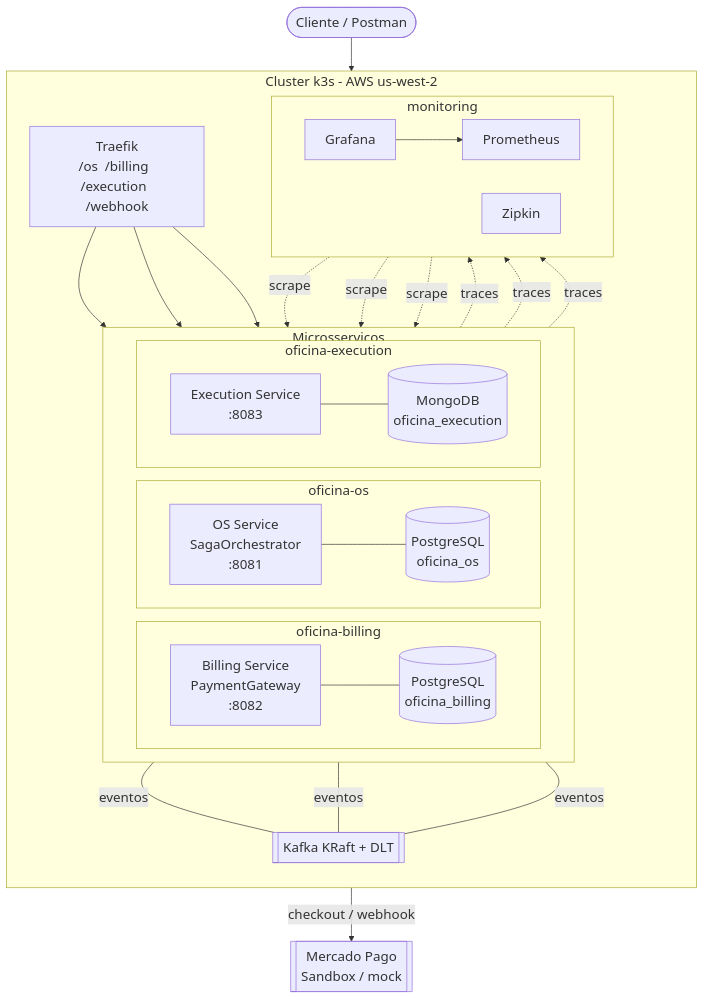
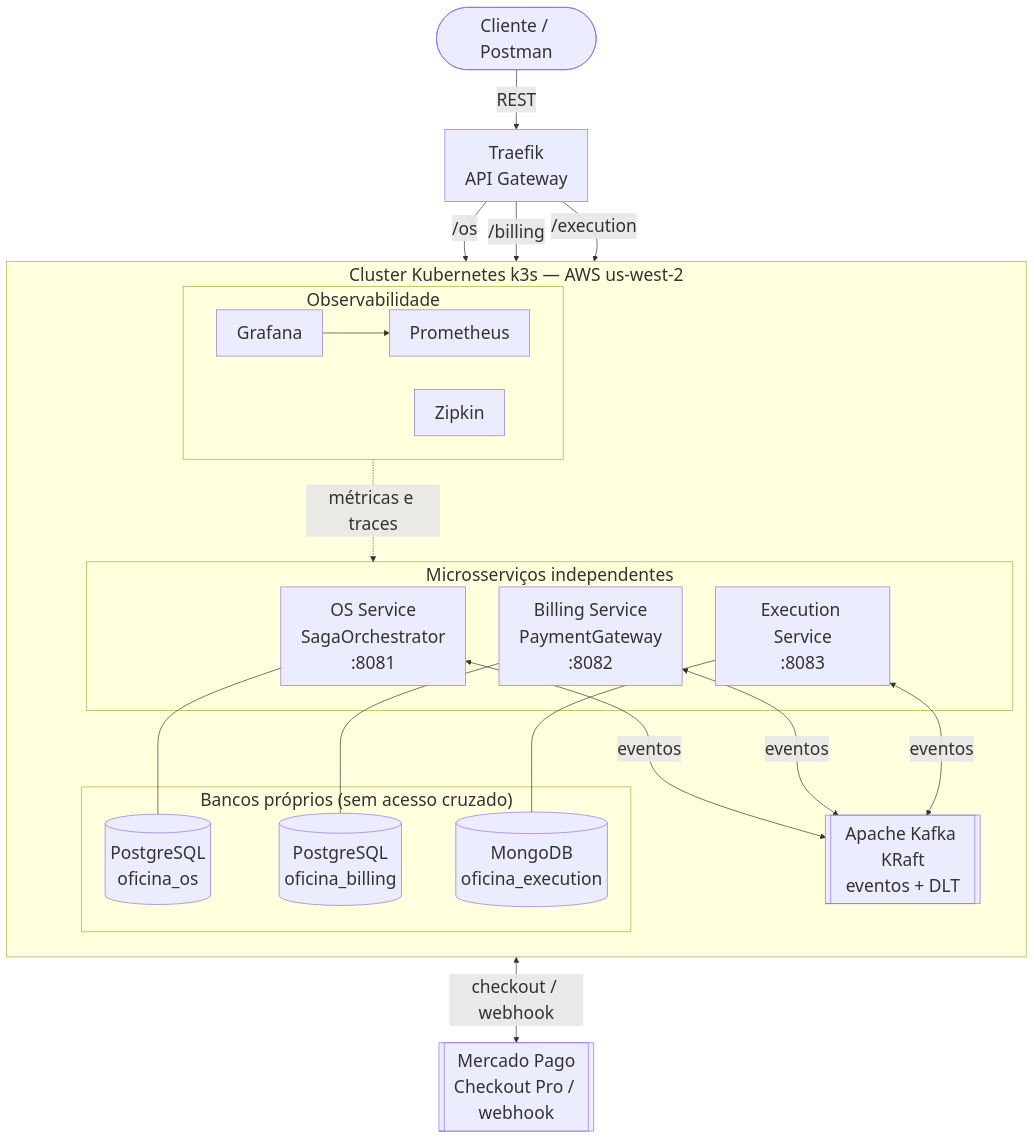
The diagram in diagrams/diagrama-arquitetura.mmd (rtmaraujo/tc-oficina-docs), drawn with Mermaid before and after one commit. The commit also changed 6 other files, not shown here.

Commit message:
docs: corrige PDF de entrega com diagrama, saga e quadro tecnico

```diff
--- a/diagrams/diagrama-arquitetura.mmd
+++ b/diagrams/diagrama-arquitetura.mmd
@@ -1,58 +1,40 @@
-%%{init: {"themeVariables": {"fontSize": "20px", "fontFamily": "Segoe UI, Arial, sans-serif"}}}%%
+%%{init: {"themeVariables": {"fontSize": "26px", "fontFamily": "Segoe UI, Arial, sans-serif"}}}%%
 flowchart TB
   C([Cliente / Postman])
+  T["Traefik<br/>API Gateway"]
 
-  subgraph K8S["Cluster k3s - AWS us-west-2"]
+  subgraph K8S["Cluster Kubernetes k3s — AWS us-west-2"]
     direction TB
-    T["Traefik<br/>/os  /billing  /execution  /webhook"]
-
-    subgraph APPS["Microsservicos"]
-      direction LR
-      subgraph OS["oficina-os"]
-        OSS["OS Service<br/>SagaOrchestrator<br/>:8081"]
-        OSDB[("PostgreSQL<br/>oficina_os")]
-      end
-      subgraph BIL["oficina-billing"]
-        BILS["Billing Service<br/>PaymentGateway<br/>:8082"]
-        BILDB[("PostgreSQL<br/>oficina_billing")]
-      end
-      subgraph EXE["oficina-execution"]
-        EXES["Execution Service<br/>:8083"]
-        EXEDB[("MongoDB<br/>oficina_execution")]
-      end
+    subgraph APPS["Microsserviços independentes"]
+      OSS["OS Service<br/>SagaOrchestrator<br/>:8081"]
+      BILS["Billing Service<br/>PaymentGateway<br/>:8082"]
+      EXES["Execution Service<br/>:8083"]
     end
-
-    KAF[["Kafka KRaft + DLT"]]
-
-    subgraph MON["monitoring"]
-      direction LR
+    subgraph DBS["Bancos próprios (sem acesso cruzado)"]
+      OSDB[("PostgreSQL<br/>oficina_os")]
+      BILDB[("PostgreSQL<br/>oficina_billing")]
+      EXEDB[("MongoDB<br/>oficina_execution")]
+    end
+    KAF[["Apache Kafka KRaft<br/>eventos + DLT"]]
+    subgraph MON["Observabilidade"]
       PROM["Prometheus"]
       GRAF["Grafana"]
       ZIP["Zipkin"]
     end
   end
 
-  MP[["Mercado Pago<br/>Sandbox / mock"]]
+  MP[["Mercado Pago<br/>Checkout Pro / webhook"]]
 
-  C --> T
-  T --> OSS
-  T --> BILS
-  T --> EXES
-
+  C -->|REST| T
+  T -->|/os| OSS
+  T -->|/billing| BILS
+  T -->|/execution| EXES
   OSS --- OSDB
   BILS --- BILDB
   EXES --- EXEDB
-
-  OSS ---|eventos| KAF
-  BILS ---|eventos| KAF
-  EXES ---|eventos| KAF
-
-  BILS -->|checkout / webhook| MP
-
-  OSS -.->|traces| ZIP
-  BILS -.->|traces| ZIP
-  EXES -.->|traces| ZIP
-  PROM -.->|scrape| OSS
-  PROM -.->|scrape| BILS
-  PROM -.->|scrape| EXES
+  OSS <-->|eventos| KAF
+  BILS <-->|eventos| KAF
+  EXES <-->|eventos| KAF
+  MON -.->|métricas e traces| APPS
   GRAF --> PROM
+  BILS <-->|checkout / webhook| MP
```
